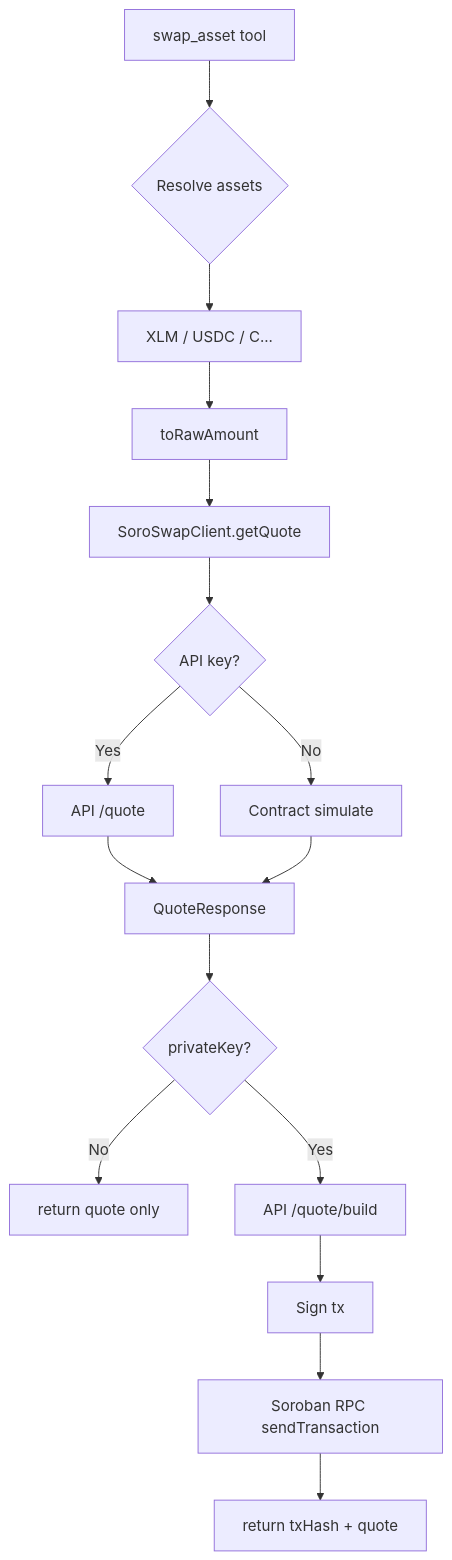
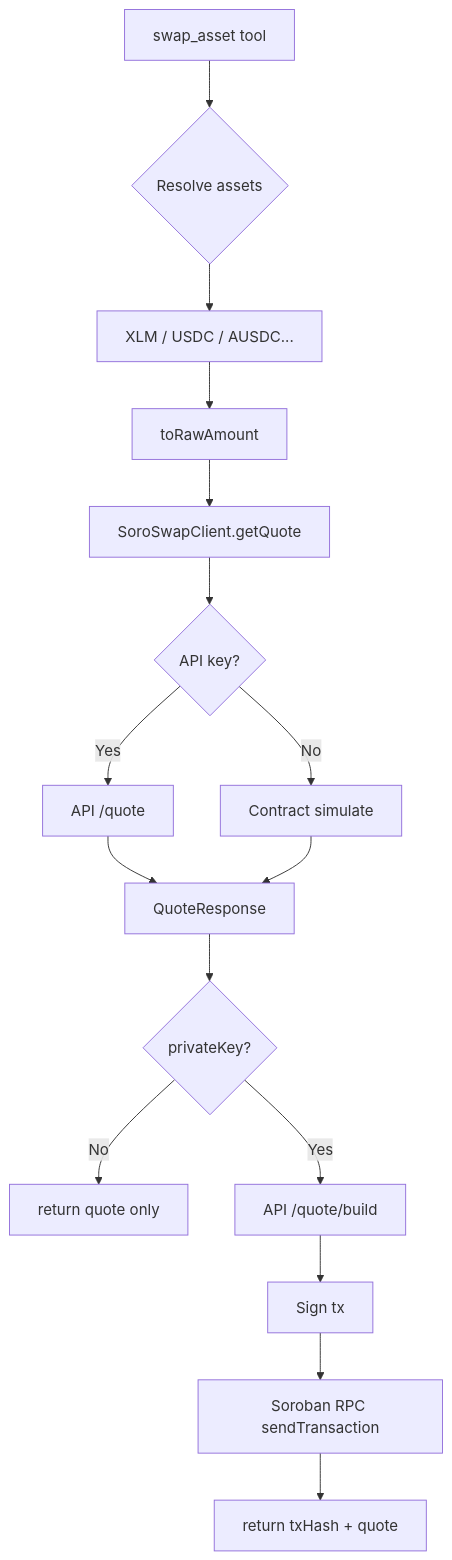
One commit to CodewMilan/stellar-agent-kit changed the fourth of 7 diagrams in FLOWCHART.md. Above: the diagram before and after it, drawn with Mermaid. The commit also changed other lines of this file, not shown here.

````diff
--- a/FLOWCHART.md
+++ b/FLOWCHART.md
@@ -101,18 +110,18 @@
 ```mermaid
 flowchart TB
     A[swap_asset tool] --> B{Resolve assets}
-    B --> C[XLM / USDC / C...]
+    B --> C[XLM / USDC / AUSDC...]
     C --> D[toRawAmount]
     D --> E[SoroSwapClient.getQuote]
     E --> F{API key?}
     F -->|Yes| G[API /quote]
     F -->|No| H[Contract simulate]
     G --> I[QuoteResponse]
     H --> I
     I --> J{privateKey?}
     J -->|No| K[return quote only]
     J -->|Yes| L[API /quote/build]
     L --> M[Sign tx]
     M --> N[Soroban RPC sendTransaction]
     N --> O[return txHash + quote]
 ```
````
